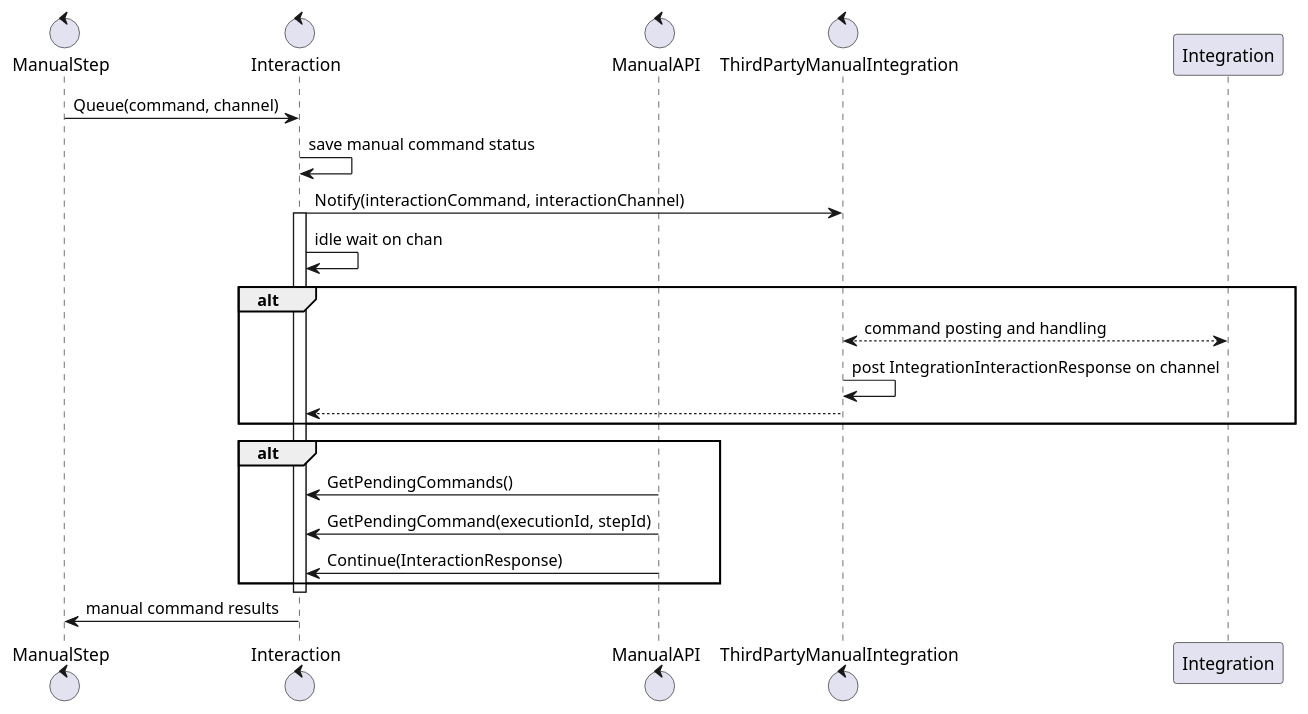
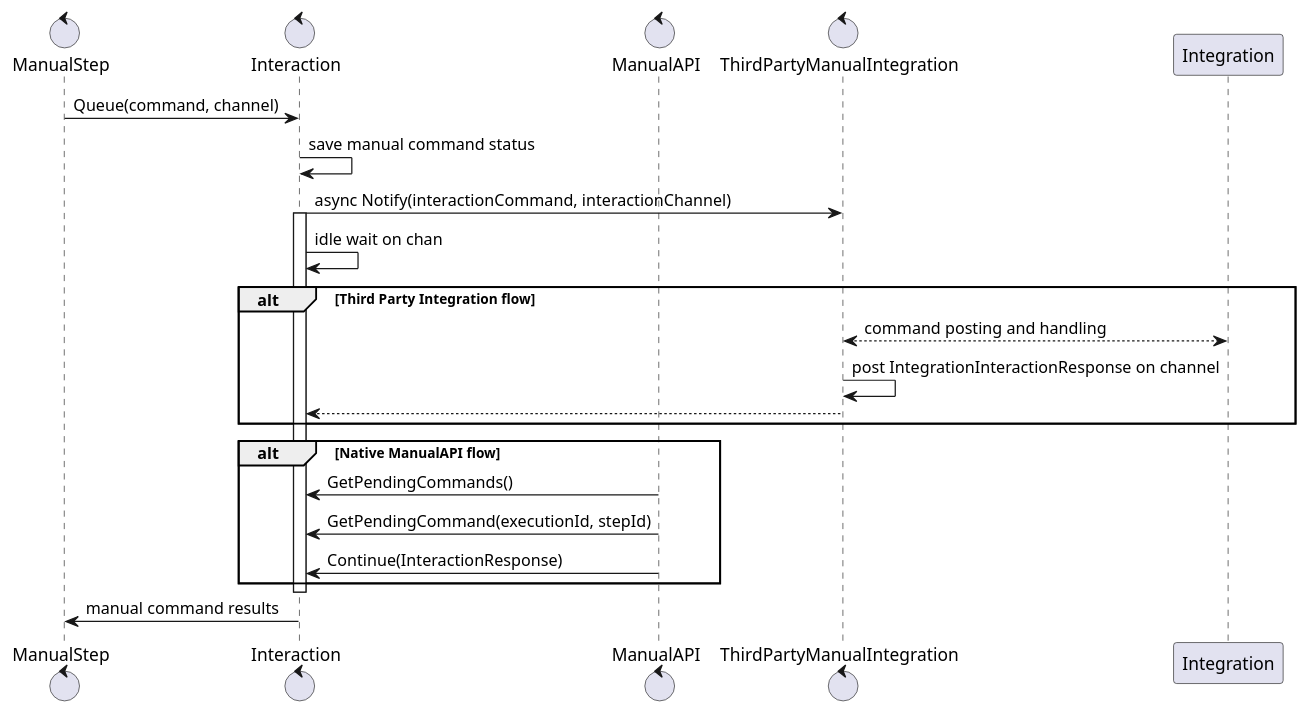
Before and after one commit to COSSAS/SOARCA: the second of 2 diagrams in docs/content/en/docs/core-components/modules.md, drawn with PlantUML. The commit also changed other lines of this file, not shown here.

Commit message:
update manual flows description

````diff
--- a/docs/content/en/docs/core-components/modules.md
+++ b/docs/content/en/docs/core-components/modules.md
@@ -395,30 +395,30 @@
 ```plantuml
 @startuml
 control "ManualStep" as manual
 control "Interaction" as interaction
 control "ManualAPI" as api
 control "ThirdPartyManualIntegration" as 3ptool
 
 
 manual -> interaction : Queue(command, channel)
 interaction -> interaction : save manual command status
-interaction -> 3ptool : Notify(interactionCommand, interactionChannel)
+interaction -> 3ptool : async Notify(interactionCommand, interactionChannel)
 activate interaction
 interaction -> interaction : idle wait on chan
 
-alt
+alt Third Party Integration flow
 3ptool <--> Integration : command posting and handling
 3ptool -> 3ptool : post IntegrationInteractionResponse on channel
 3ptool --> interaction
 end
-alt
+alt Native ManualAPI flow
 api -> interaction : GetPendingCommands()
 api -> interaction : GetPendingCommand(executionId, stepId)
 api -> interaction : Continue(InteractionResponse)
 end
 
 deactivate interaction
 interaction -> manual : manual command results
 
 @enduml
 ```
````
